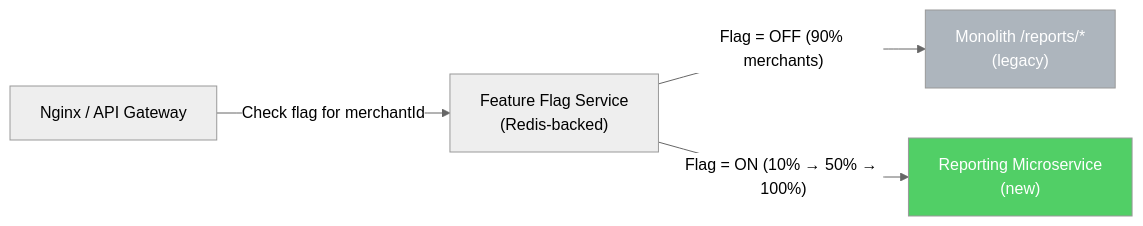
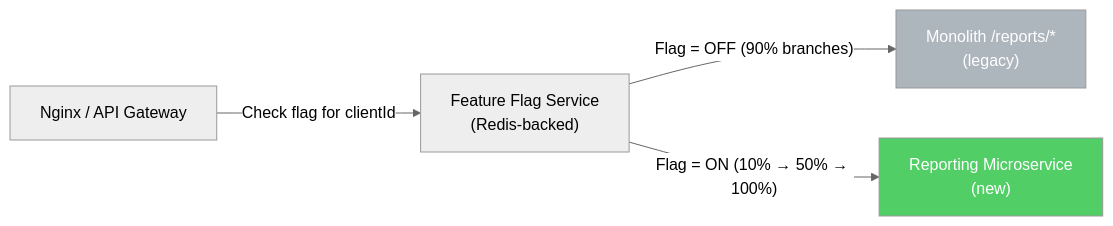
One commit to makeitfine-org/reporting changed the seventh of 12 diagrams in architecture and decoupling.md. Above: the diagram before and after it, drawn with Mermaid (neutral theme). The commit also changed other lines of this file and 3 other files, not shown here.

Commit message:
docs: re-domain architecture doc from e-commerce to core banking

````diff
--- a/architecture and decoupling.md
+++ b/architecture and decoupling.md
@@ -539,14 +539,14 @@
 ```mermaid
 graph LR
     Nginx["Nginx / API Gateway"]
     FlagService["Feature Flag Service<br/>(Redis-backed)"]
     Monolith["Monolith /reports/*<br/>(legacy)"]
     NewService["Reporting Microservice<br/>(new)"]
 
-    Nginx -->|"Check flag for merchantId"| FlagService
-    FlagService -->|"Flag = OFF (90% merchants)"| Monolith
+    Nginx -->|"Check flag for clientId"| FlagService
+    FlagService -->|"Flag = OFF (90% branches)"| Monolith
     FlagService -->|"Flag = ON (10% → 50% → 100%)"| NewService
 
     style NewService fill:#51cf66,color:#fff
     style Monolith fill:#adb5bd,color:#fff
 ```
````
